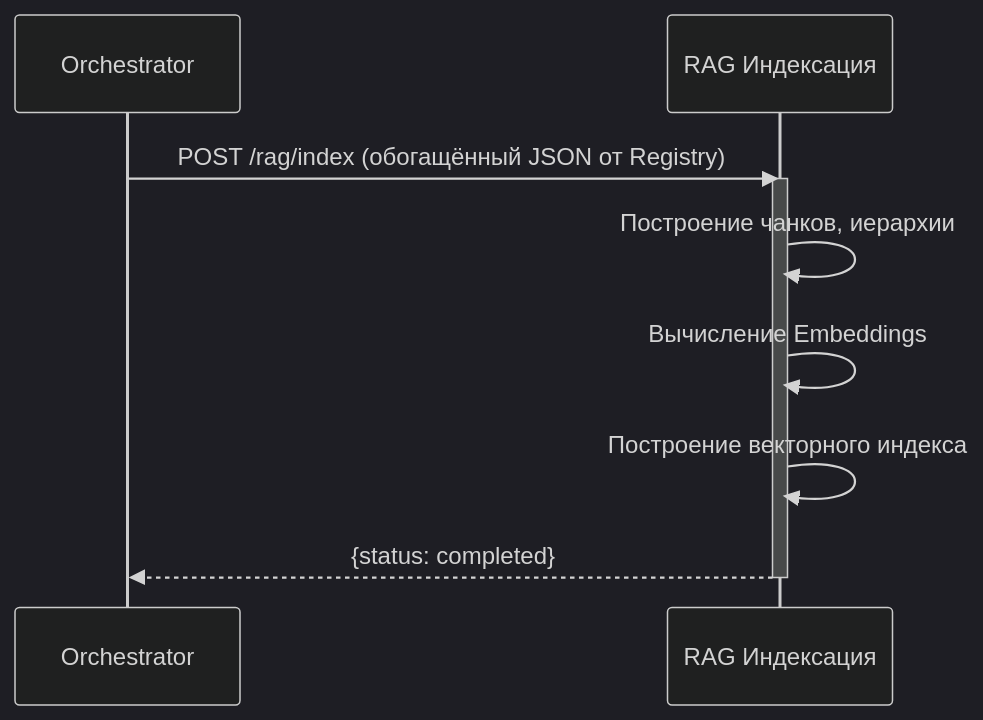
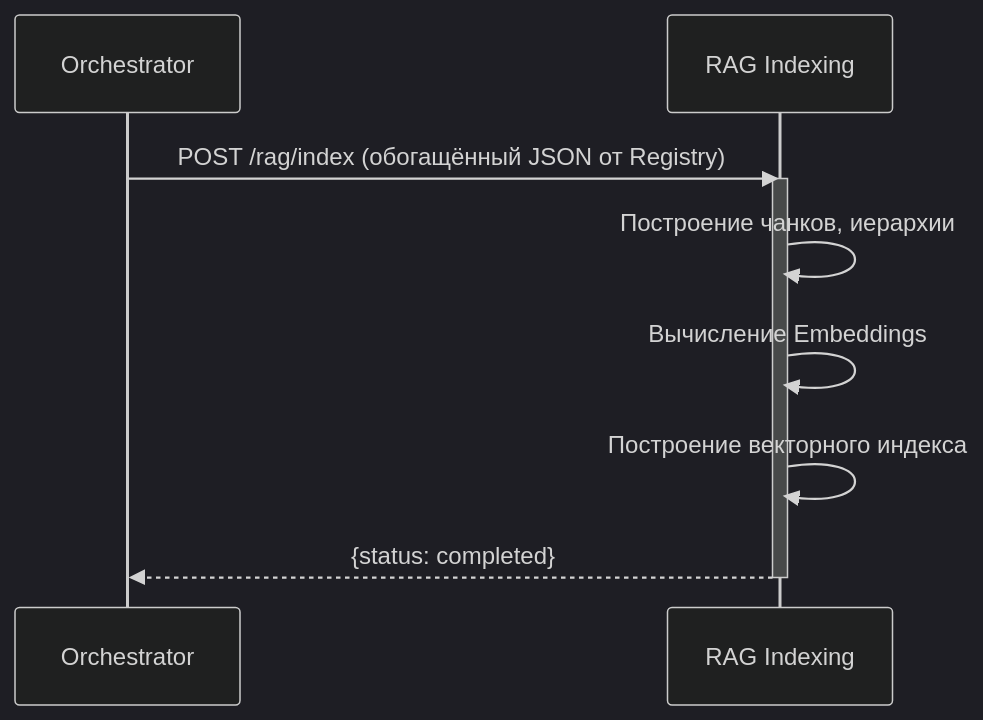
One commit to MasterKSAF/PKB changed the diagram in docs/pipelines/pipeline2-indexation.md. Above: the diagram before and after it, drawn with Mermaid (dark theme). The commit also changed other lines of this file and 12 other files, not shown here.

````diff
--- a/docs/pipelines/pipeline2-indexation.md
+++ b/docs/pipelines/pipeline2-indexation.md
@@ -7,13 +7,13 @@
 ```mermaid
 sequenceDiagram
     participant Orch as Orchestrator
-    participant RAGi as RAG Индексация
+    participant RAGi as RAG Indexing
 
     Orch->>RAGi: POST /rag/index (обогащённый JSON от Registry)
     activate RAGi
     RAGi->>RAGi: Построение чанков, иерархии
     RAGi->>RAGi: Вычисление Embeddings
     RAGi->>RAGi: Построение векторного индекса
     RAGi-->>Orch: {status: completed}
     deactivate RAGi
 ```
````
